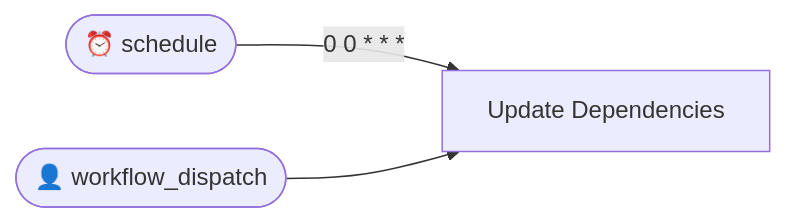
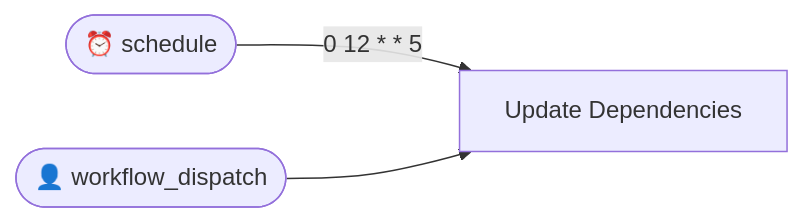
Before and after one commit to http4k/standards: the diagram in .github/typeflows/README.md, drawn with Mermaid. The commit also changed 4 other files, not shown here.

````diff
--- a/.github/typeflows/README.md
+++ b/.github/typeflows/README.md
@@ -3,8 +3,8 @@
 ```mermaid
 flowchart LR
     schedule(["⏰ schedule"])
     workflowdispatch(["👤 workflow_dispatch"])
     updatedependenciesyml["Update Dependencies"]
-    schedule -->|"0 0 * * *"|updatedependenciesyml
+    schedule -->|"0 12 * * 5"|updatedependenciesyml
     workflowdispatch --> updatedependenciesyml
 ```
````
